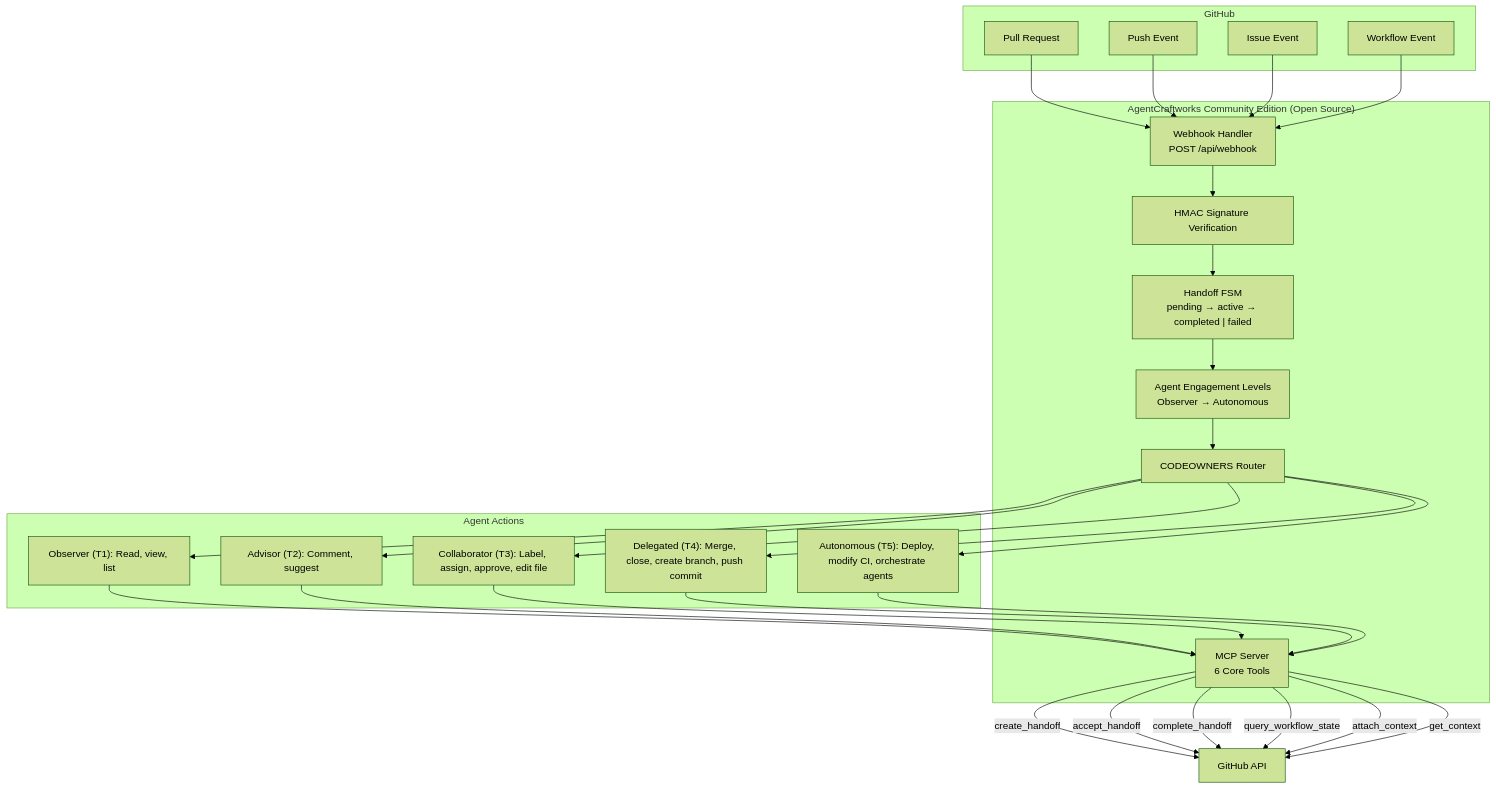
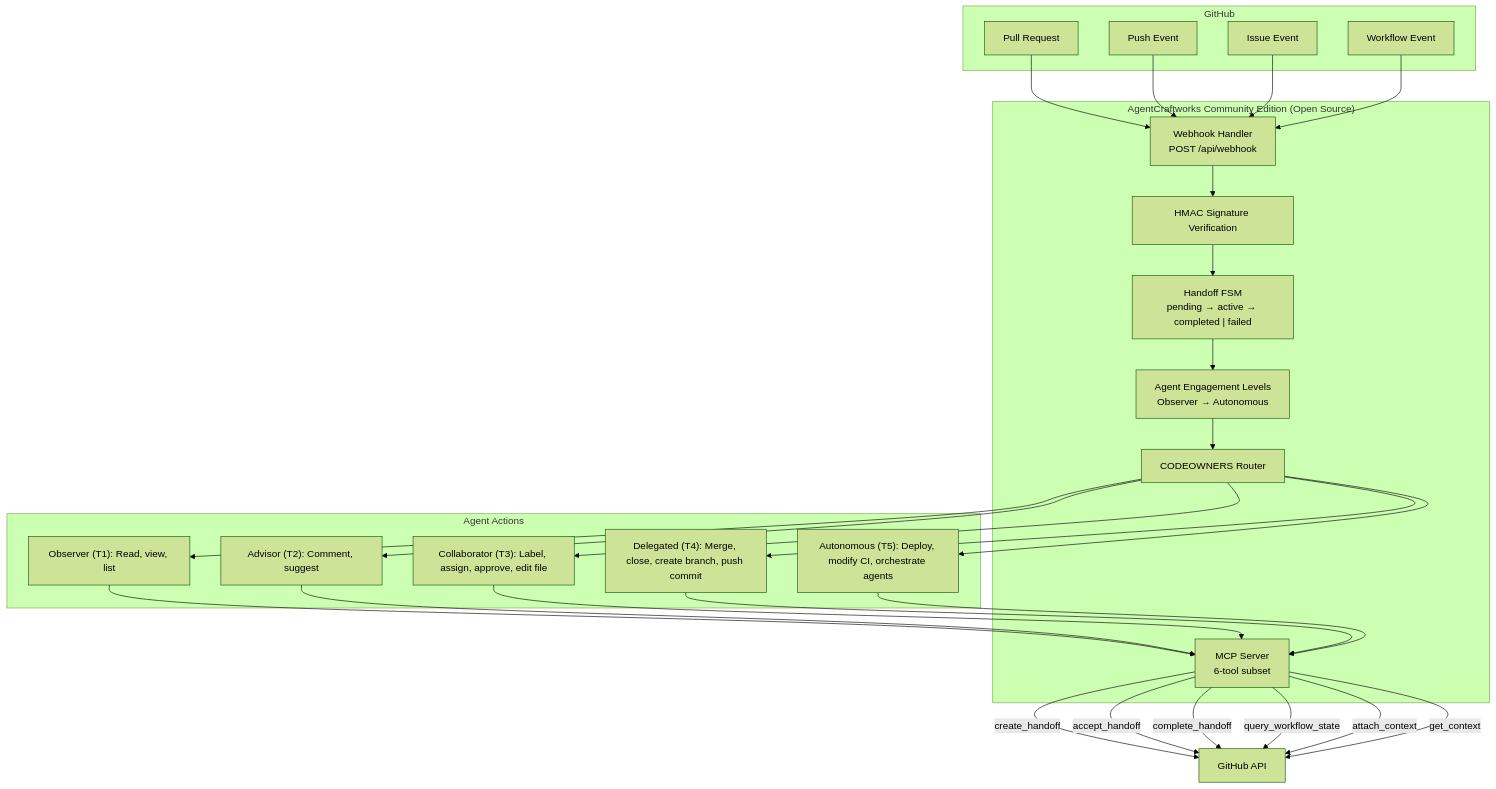
One commit to AgentCraftworks/AgentCraftworks-CE changed the first of 2 diagrams in docs/architecture.md. Above: the diagram before and after it, drawn with Mermaid (forest theme). The commit also changed 10 other files, not shown here.

First line of the commit message:
docs(positioning): CE is a subset/protocol layer — remove 'core' framing

````diff
--- a/docs/architecture.md
+++ b/docs/architecture.md
@@ -18,51 +18,51 @@
 ```mermaid
 graph TD
     subgraph GitHub["GitHub"]
         prEvent["Pull Request"]
         pushEvent["Push Event"]
         issueEvent["Issue Event"]
         workflowEvent["Workflow Event"]
     end
 
     subgraph CE["AgentCraftworks Community Edition (Open Source)"]
         webhookHandler["Webhook Handler<br/>POST /api/webhook"]
         signatureVerify["HMAC Signature Verification"]
         eventFsm["Handoff FSM<br/>pending → active → completed | failed"]
         engagementLevels["Agent Engagement Levels<br/>Observer → Autonomous"]
         codeownersRouter["CODEOWNERS Router"]
-        mcpServer["MCP Server<br/>6 Core Tools"]
+        mcpServer["MCP Server<br/>6-tool subset"]
     end
 
     subgraph Actions["Agent Actions"]
         level1["Observer (T1): Read, view, list"]
         level2["Advisor (T2): Comment, suggest"]
         level3["Collaborator (T3): Label, assign, approve, edit file"]
         level4["Delegated (T4): Merge, close, create branch, push commit"]
         level5["Autonomous (T5): Deploy, modify CI, orchestrate agents"]
     end
 
     prEvent --> webhookHandler
     pushEvent --> webhookHandler
     issueEvent --> webhookHandler
     workflowEvent --> webhookHandler
     webhookHandler --> signatureVerify
     signatureVerify --> eventFsm
     eventFsm --> engagementLevels
     engagementLevels --> codeownersRouter
     codeownersRouter --> level1
     codeownersRouter --> level2
     codeownersRouter --> level3
     codeownersRouter --> level4
     codeownersRouter --> level5
     level1 --> mcpServer
     level2 --> mcpServer
     level3 --> mcpServer
     level4 --> mcpServer
     level5 --> mcpServer
     mcpServer -->|create_handoff| ghApi["GitHub API"]
     mcpServer -->|accept_handoff| ghApi
     mcpServer -->|complete_handoff| ghApi
     mcpServer -->|query_workflow_state| ghApi
     mcpServer -->|attach_context| ghApi
     mcpServer -->|get_context| ghApi
 ```
````
